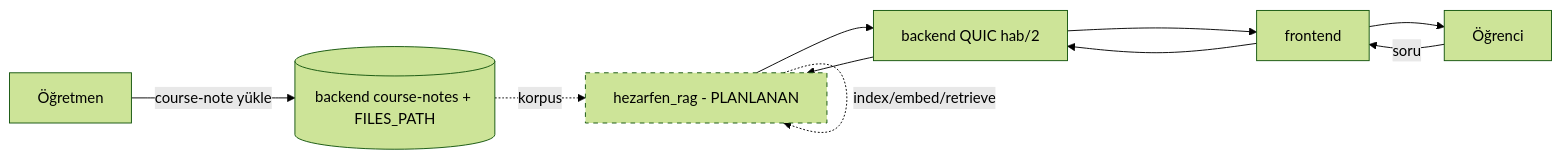
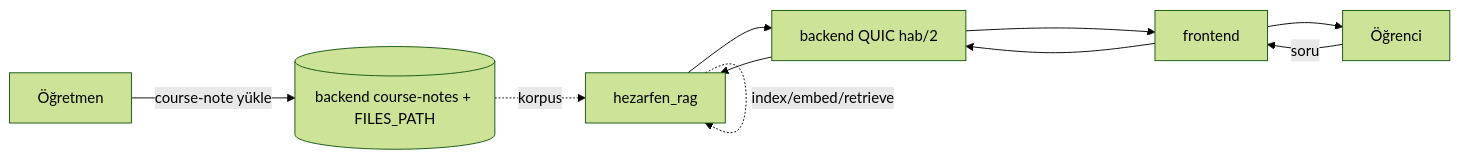
Before and after one commit to Hezarfen-Co/hezarfen_rag: the diagram in PROJECT_STATE.md, drawn with Mermaid (forest theme). The commit also changed other lines of this file and 15 other files, not shown here.

````diff
--- a/PROJECT_STATE.md
+++ b/PROJECT_STATE.md
@@ -118,9 +122,7 @@
 ```mermaid
 flowchart LR
   T[Öğretmen] -->|course-note yükle| BE[(backend course-notes + FILES_PATH)]
-  BE -. korpus .-> RAG[hezarfen_rag - PLANLANAN]
+  BE -. korpus .-> RAG[hezarfen_rag]
   RAG -. index/embed/retrieve .-> RAG
   S[Öğrenci] -->|soru| FE[frontend] --> BR[backend QUIC hab/2] --> RAG --> BR --> FE --> S
-  classDef todo stroke-dasharray: 5 5;
-  class RAG todo;
 ```
````
